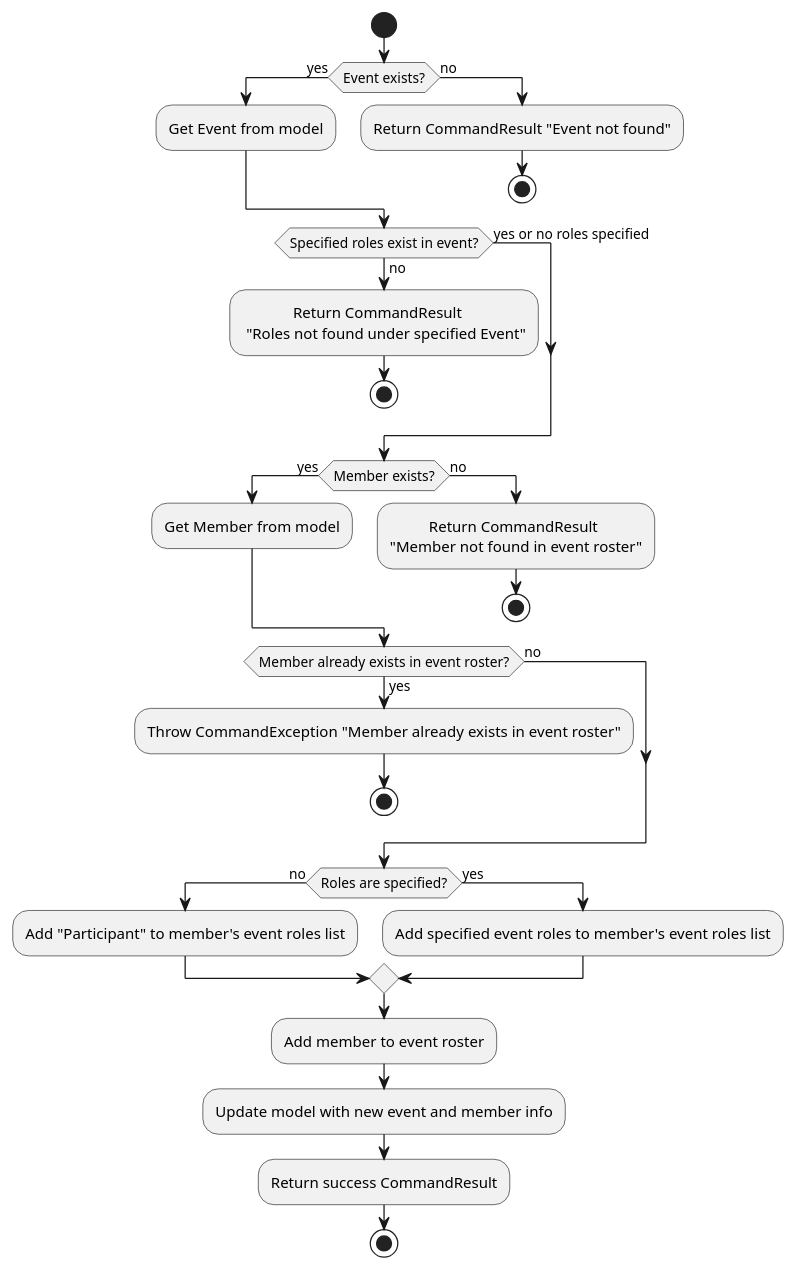
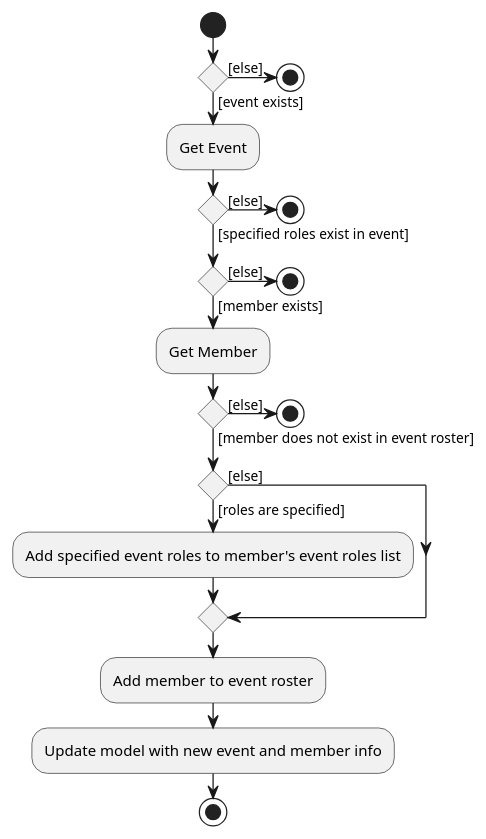
Before and after one commit to rongkangw/tp: the diagram in docs/diagrams/AssignEventActivityDiagram.puml, drawn with PlantUML. The commit also changed 1 other file, not shown here.

```diff
--- a/docs/diagrams/AssignEventActivityDiagram.puml
+++ b/docs/diagrams/AssignEventActivityDiagram.puml
@@ -1,44 +1,44 @@
 @startuml
 |AssignEventCommand|
 start
-if (Event exists?) then (yes)
-  :Get Event from model;
+if () then ([event exists])
+  :Get Event;
 
-else (no)
-  :Return CommandResult "Event not found";
+else ([else])
   stop
 
 endif
 
-  if (Specified roles exist in event?) then (yes or no roles specified)
-  else (no)
-    :             Return CommandResult \n "Roles not found under specified Event";
+  if () then ([specified roles exist in event])
+  else ([else])
     stop
   endif
 
-if (Member exists?) then (yes)
-  :Get Member from model;
-else (no)
-  :          Return CommandResult \n"Member not found in event roster";
+if () then ([member exists])
+  :Get Member;
+else ([else])
   stop
+
+
 endif
 
-if (Member already exists in event roster?) then (yes)
-  :Throw CommandException "Member already exists in event roster";
+
+if () then ([else])
   stop
-else (no)
+else ([member does not exist in event roster])
 endif
 
-if (Roles are specified?) then (no)
-  :Add "Participant" to member's event roles list;
-  else (yes)
+if () then ([else])
+  else ([roles are specified])
   :Add specified event roles to member's event roles list;
 
 endif
 
 :Add member to event roster;
 :Update model with new event and member info;
 
-:Return success CommandResult;
 stop
+
+
+
 @enduml
```
